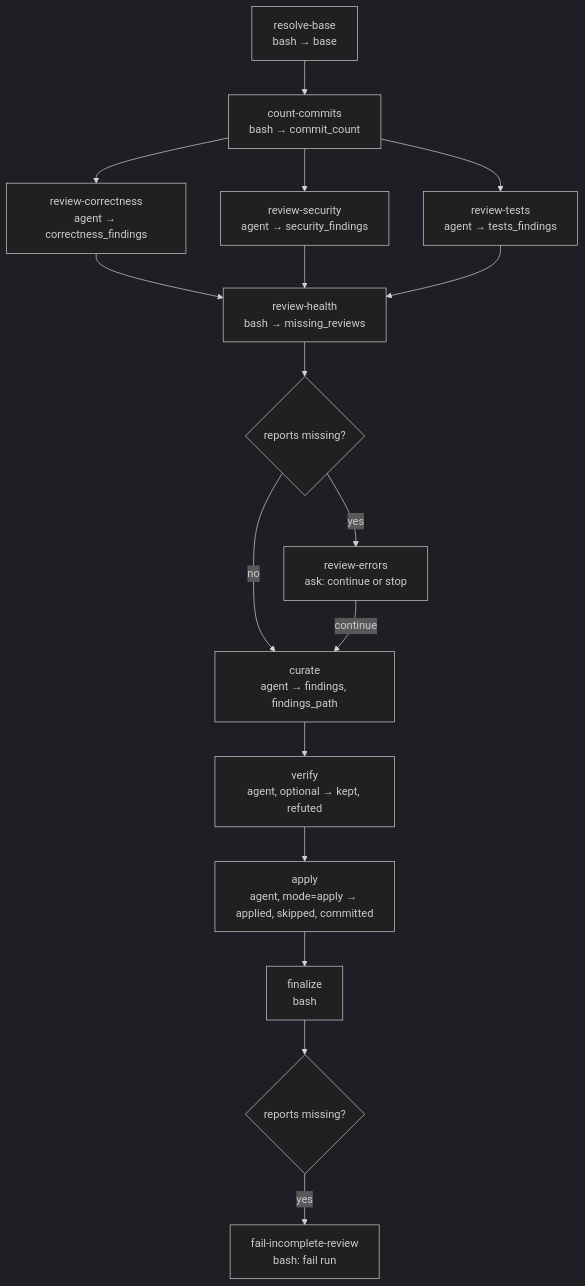
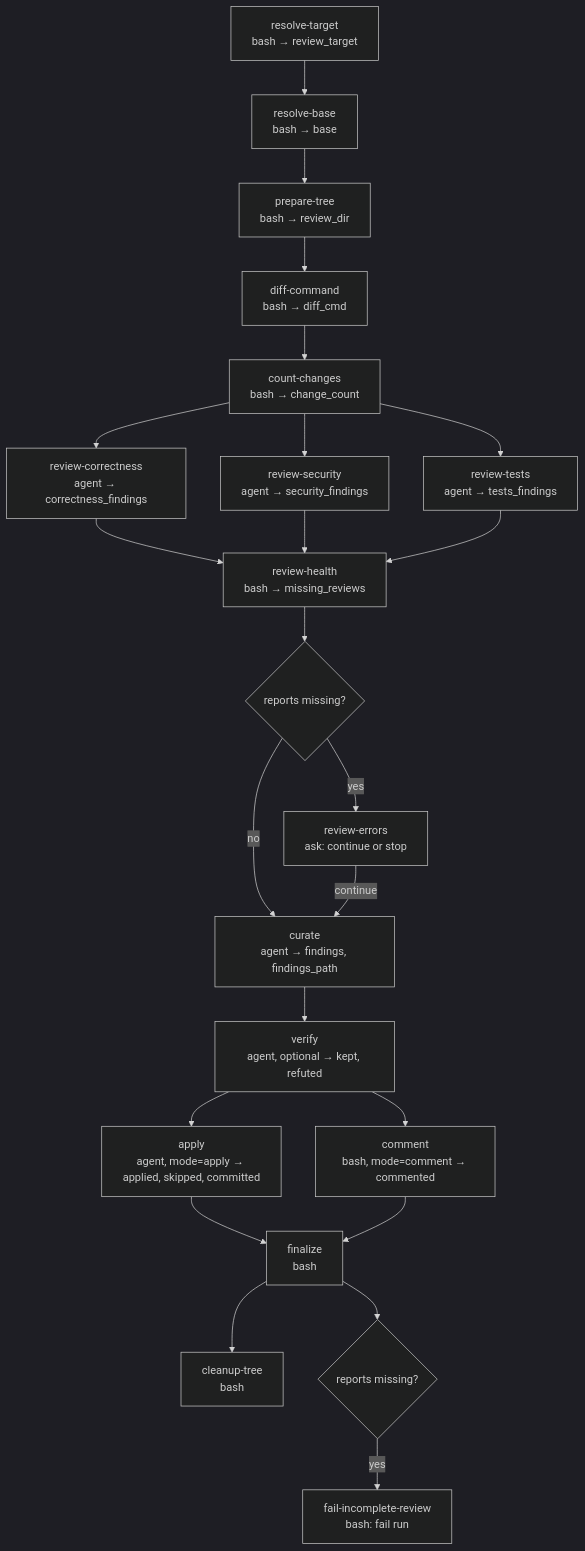
Before and after one commit to e1024kb/wise-claude: the diagram in plugins/wise/workflows/code-review/README.md, drawn with Mermaid (dark theme). The commit also changed other lines of this file and 8 other files, not shown here.

````diff
--- a/plugins/wise/workflows/code-review/README.md
+++ b/plugins/wise/workflows/code-review/README.md
@@ -58,19 +68,25 @@
 ```mermaid
 flowchart TD
-    A[resolve-base<br/>bash → base] --> B[count-commits<br/>bash → commit_count]
+    T[resolve-target<br/>bash → review_target] --> A[resolve-base<br/>bash → base]
+    A --> P[prepare-tree<br/>bash → review_dir]
+    P --> Q[diff-command<br/>bash → diff_cmd]
+    Q --> B[count-changes<br/>bash → change_count]
     B --> C[review-correctness<br/>agent → correctness_findings]
     B --> D[review-security<br/>agent → security_findings]
     B --> E[review-tests<br/>agent → tests_findings]
     C --> J[review-health<br/>bash → missing_reviews]
     D --> J
     E --> J
     J --> K{reports missing?}
     K -->|yes| L[review-errors<br/>ask: continue or stop]
     K -->|no| F[curate<br/>agent → findings, findings_path]
     L -->|continue| F
     F --> G[verify<br/>agent, optional → kept, refuted]
     G --> H[apply<br/>agent, mode=apply → applied, skipped, committed]
+    G --> O[comment<br/>bash, mode=comment → commented]
     H --> I[finalize<br/>bash]
+    O --> I
+    I --> R[cleanup-tree<br/>bash]
     I --> M{reports missing?}
     M -->|yes| N[fail-incomplete-review<br/>bash: fail run]
 ```
````
